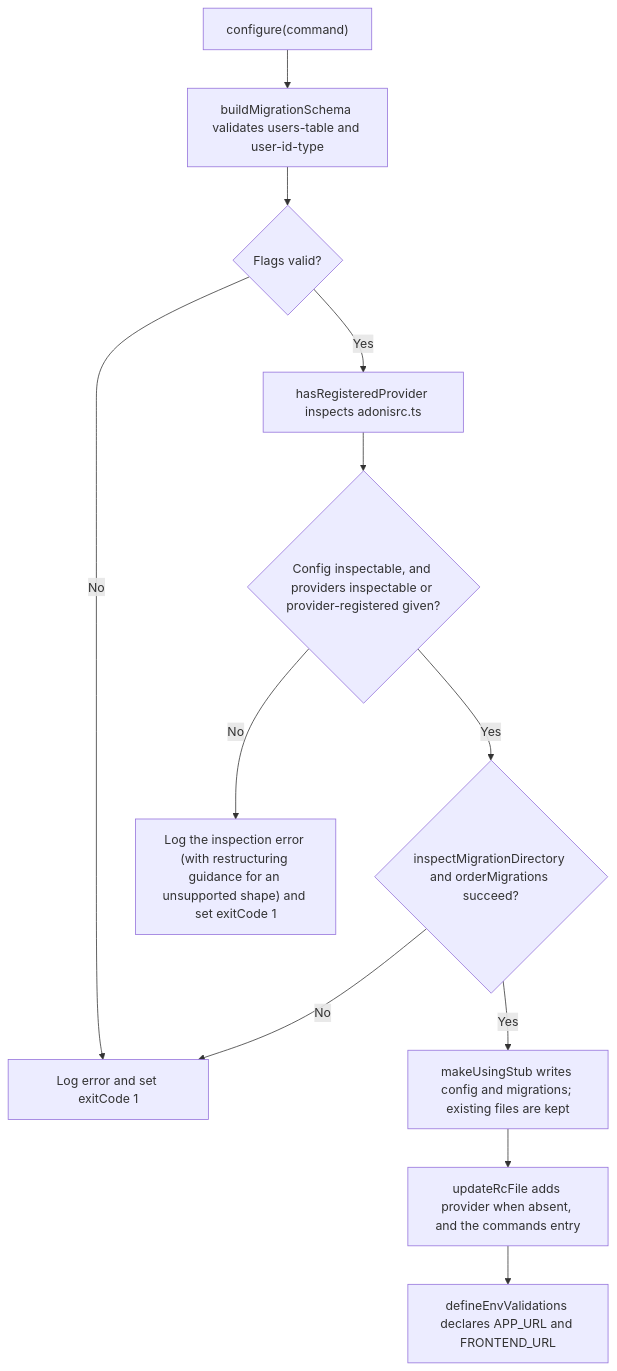
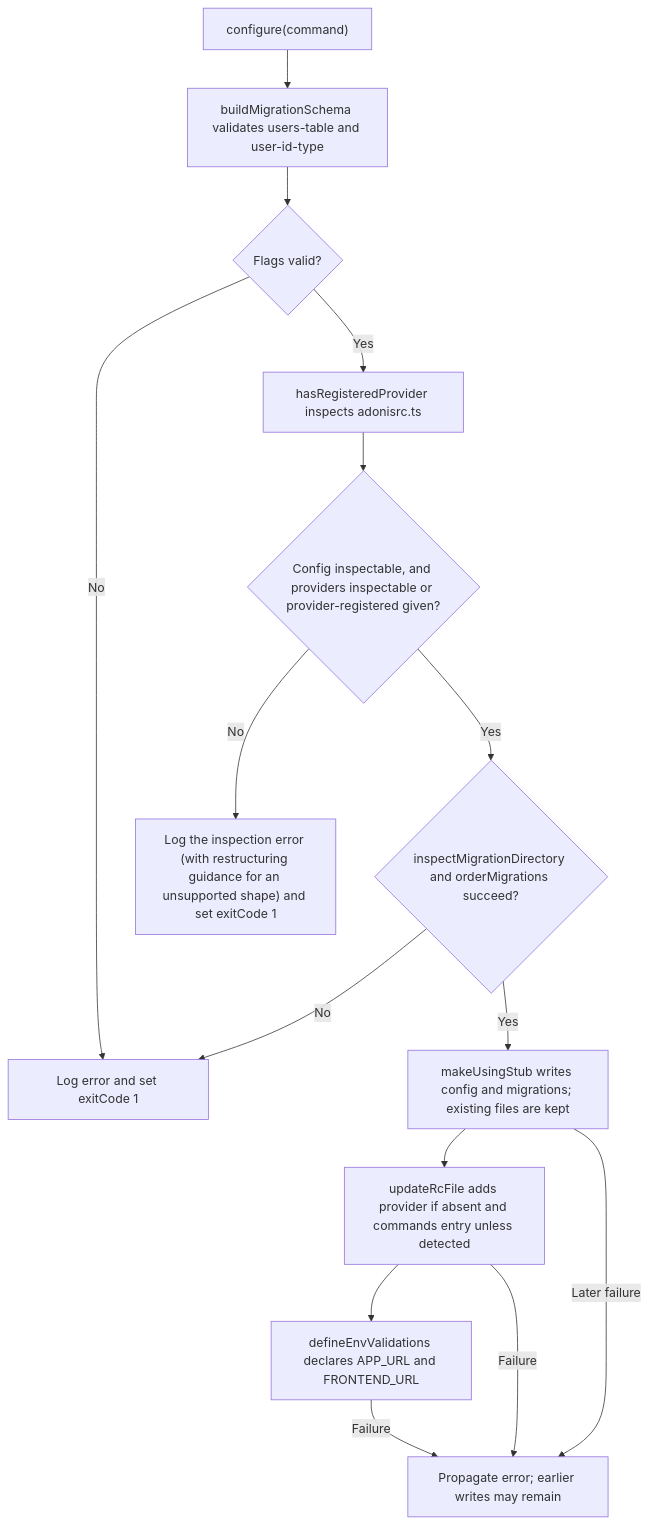
One commit to Kevinjohn/oss-adonisjs-account-kit changed the second of 2 diagrams in user-stories/US-ACCOUNT-60-install-account-kit-package.md. Above: the diagram before and after it, drawn with Mermaid. The commit also changed other lines of this file and 42 other files, not shown here.

````diff
--- a/user-stories/US-ACCOUNT-60-install-account-kit-package.md
+++ b/user-stories/US-ACCOUNT-60-install-account-kit-package.md
@@ -47,14 +49,17 @@
 ```mermaid
 flowchart TD
     A["configure(command)"] --> B["buildMigrationSchema validates users-table and user-id-type"]
     B --> C{"Flags valid?"}
     C -->|No| D["Log error and set exitCode 1"]
     C -->|Yes| E["hasRegisteredProvider inspects adonisrc.ts"]
     E --> F{"Config inspectable, and providers inspectable or provider-registered given?"}
     F -->|No| G["Log the inspection error (with restructuring guidance for an unsupported shape) and set exitCode 1"]
     F -->|Yes| M{"inspectMigrationDirectory and orderMigrations succeed?"}
     M -->|No| D
     M -->|Yes| H["makeUsingStub writes config and migrations; existing files are kept"]
-    H --> I["updateRcFile adds provider when absent, and the commands entry"]
+    H --> I["updateRcFile adds provider if absent and commands entry unless detected"]
     I --> J["defineEnvValidations declares APP_URL and FRONTEND_URL"]
+    H -->|Later failure| X["Propagate error; earlier writes may remain"]
+    I -->|Failure| X
+    J -->|Failure| X
 ```
````
